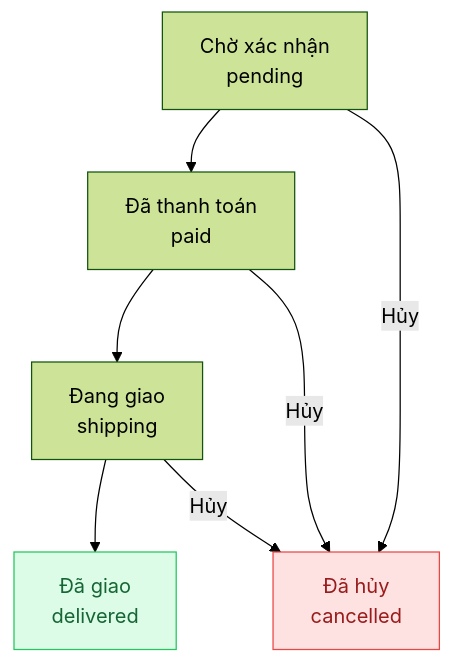
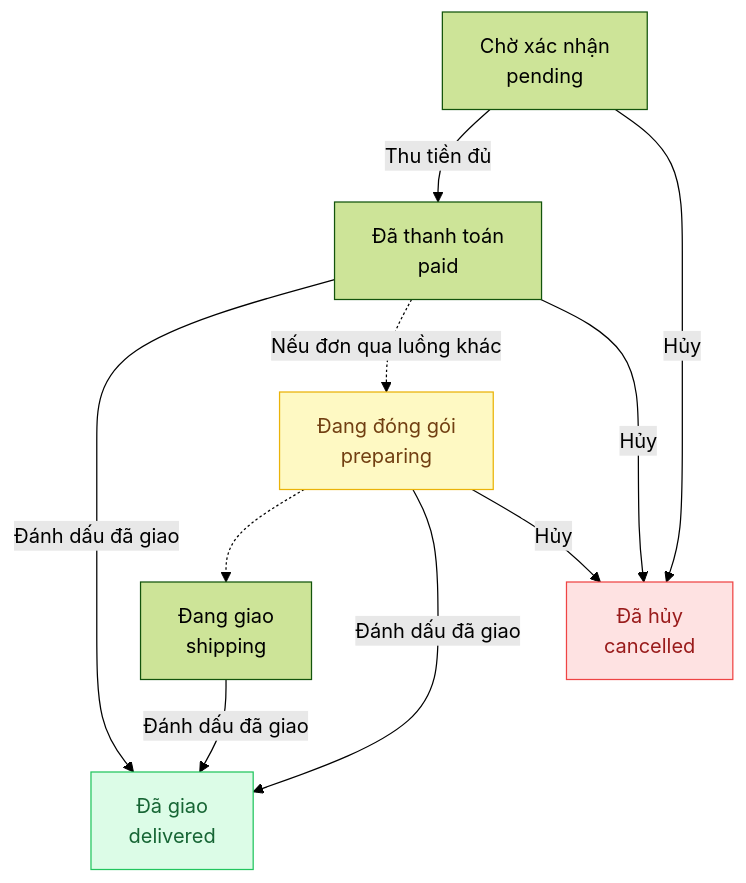
The diagram in docs/guide/manager/orders.mdx (tiemtaphoakorea/tiemtaphoakorea), drawn with Mermaid (forest theme) before and after one commit. The commit also changed other lines of this file and 66 other files, not shown here.

````diff
--- a/docs/guide/manager/orders.mdx
+++ b/docs/guide/manager/orders.mdx
@@ -16,11 +16,15 @@
 ```mermaid
 flowchart TD
-    A["Chờ xác nhận<br/>pending"] --> B["Đã thanh toán<br/>paid"]
-    B --> C["Đang giao<br/>shipping"]
-    C --> D["Đã giao<br/>delivered"]
+    A["Chờ xác nhận<br/>pending"] -->|Thu tiền đủ| B["Đã thanh toán<br/>paid"]
+    B -->|Đánh dấu đã giao| D["Đã giao<br/>delivered"]
 
-    A & B & C -->|Hủy| F["Đã hủy<br/>cancelled"]
+    B -.->|Nếu đơn qua luồng khác| E["Đang đóng gói<br/>preparing"]
+    E -.-> C["Đang giao<br/>shipping"]
+    E & C -->|Đánh dấu đã giao| D
+
+    A & B & E -->|Hủy| F["Đã hủy<br/>cancelled"]
 
     style F fill:#fee2e2,stroke:#ef4444,color:#991b1b
     style D fill:#dcfce7,stroke:#22c55e,color:#166534
+    style E fill:#fef9c3,stroke:#eab308,color:#713f12
 ```
````
